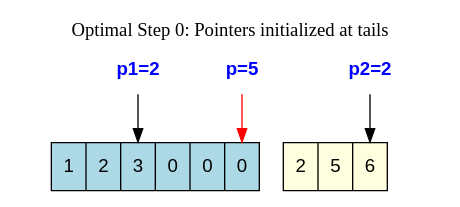
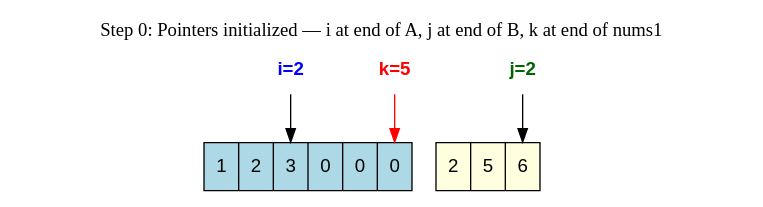
Before and after one commit to jensonp/leetcode: the diagram in 088-merge-sorted-array/dot/step0.dot, drawn with Graphviz. The commit also changed 23 other files, not shown here.

Commit message:
Full workflow-compliant 088 README: glossary, 3-claim proof, 30-sec interview proof, 11 diagrams, mapping table

```diff
--- a/088-merge-sorted-array/dot/step0.dot
+++ b/088-merge-sorted-array/dot/step0.dot
@@ -1,13 +1,10 @@
 digraph G {
-    rankdir=TB;
-    node [shape=record, fontname="Helvetica", style=filled, fillcolor=white];
+    rankdir=TB; node [shape=record, fontname="Helvetica", style=filled, fillcolor=white];
     nums1 [label="<f0> 1|<f1> 2|<f2> 3|<f3> 0|<f4> 0|<f5> 0", fillcolor=lightblue];
     nums2 [label="<f0> 2|<f1> 5|<f2> 6", fillcolor=lightyellow];
-    node [shape=plaintext, fillcolor=none, fontcolor=blue, fontname="Helvetica-Bold"];
-    p1 [label="p1=2"]; p1 -> nums1:f2;
-p2 [label="p2=2"]; p2 -> nums2:f2;
-p [label="p=5"]; p -> nums1:f5 [color=red, fontcolor=red];
-    labelloc="t";
-    label="Optimal Step 0: Pointers initialized at tails";
-    fontsize=14;
+    node [shape=plaintext, fillcolor=none, fontname="Helvetica-Bold"];
+    i [label="i=2", fontcolor=blue]; i -> nums1:f2;
+j [label="j=2", fontcolor=darkgreen]; j -> nums2:f2;
+k [label="k=5", fontcolor=red]; k -> nums1:f5 [color=red];
+labelloc="t"; label="Step 0: Pointers initialized — i at end of A, j at end of B, k at end of nums1"; fontsize=14;
 }
```
